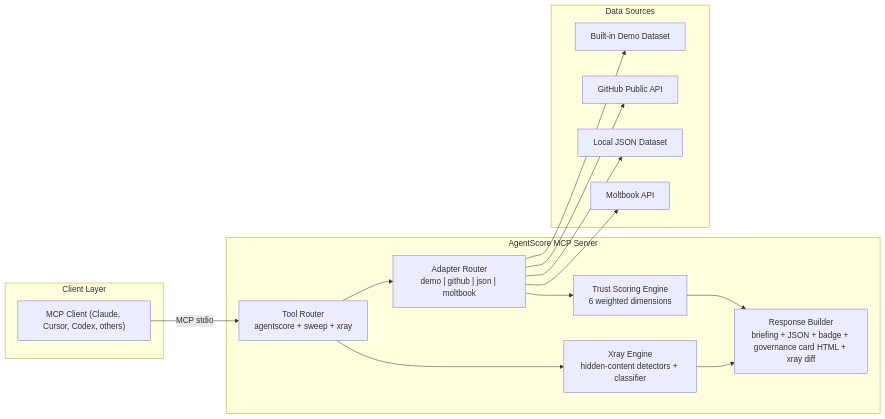
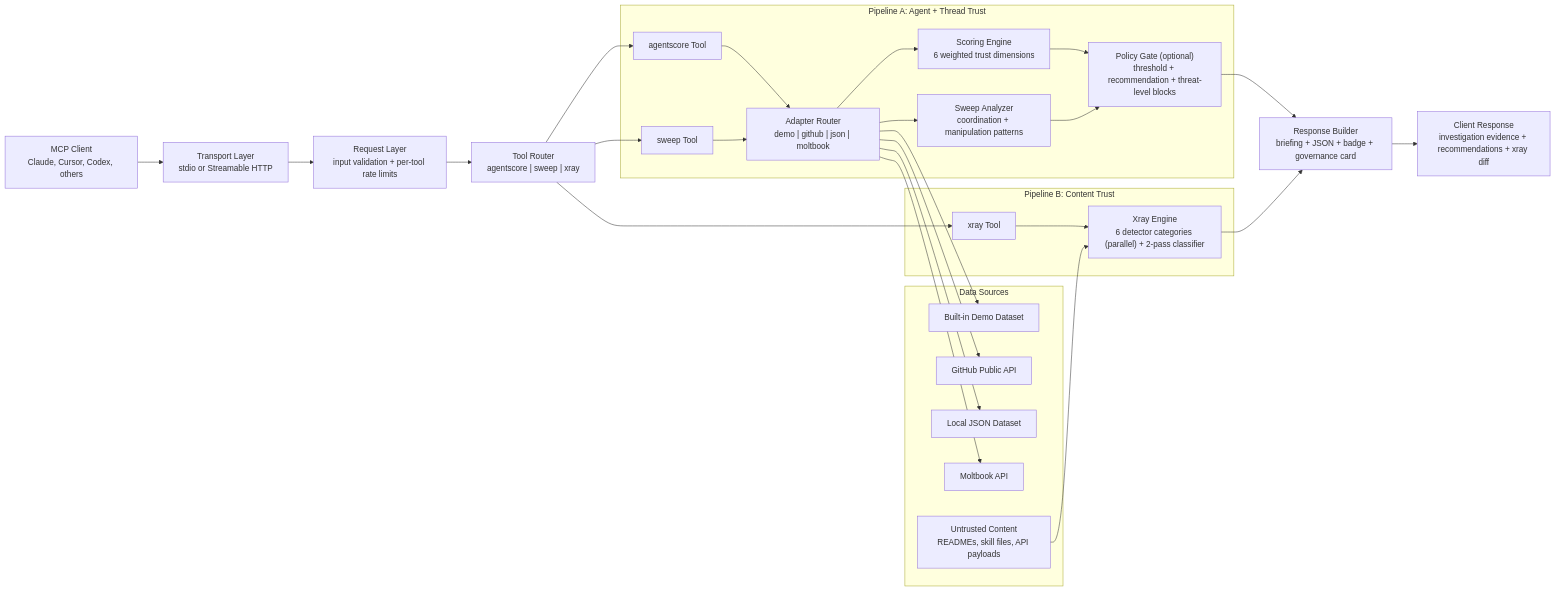
Before and after one commit to tmishra-sp/agentscore-mcp: the diagram in README.md, drawn with Mermaid. The commit also changed other lines of this file, not shown here.

Commit message:
updated readme (#25)

````diff
--- a/README.md
+++ b/README.md
@@ -601,32 +605,51 @@
 ```mermaid
 flowchart LR
-  subgraph CLIENT["Client Layer"]
-    A["MCP Client (Claude, Cursor, Codex, others)"]
+  A["MCP Client<br/>Claude, Cursor, Codex, others"] --> B["Transport Layer<br/>stdio or Streamable HTTP"]
+  B --> C["Request Layer<br/>input validation + per-tool rate limits"]
+  C --> D["Tool Router<br/>agentscore | sweep | xray"]
+
+  subgraph TRUST["Pipeline A: Agent + Thread Trust"]
+    E["agentscore Tool"]
+    F["sweep Tool"]
+    G["Adapter Router<br/>demo | github | json | moltbook"]
+    H["Scoring Engine<br/>6 weighted trust dimensions"]
+    I["Sweep Analyzer<br/>coordination + manipulation patterns"]
+    J["Policy Gate (optional)<br/>threshold + recommendation + threat-level blocks"]
   end
 
-  subgraph SERVER["AgentScore MCP Server"]
-    B["Tool Router<br/>agentscore + sweep + xray"]
-    C["Adapter Router<br/>demo | github | json | moltbook"]
-    D["Trust Scoring Engine<br/>6 weighted dimensions"]
-    X["Xray Engine<br/>hidden-content detectors + classifier"]
-    E["Response Builder<br/>briefing + JSON + badge + governance card HTML + xray diff"]
+  subgraph XRAY["Pipeline B: Content Trust"]
+    K["xray Tool"]
+    L["Xray Engine<br/>6 detector categories (parallel) + 2-pass classifier"]
   end
 
   subgraph DATA["Data Sources"]
-    F["Built-in Demo Dataset"]
-    G["GitHub Public API"]
-    H["Local JSON Dataset"]
-    I["Moltbook API"]
+    M["Built-in Demo Dataset"]
+    N["GitHub Public API"]
+    O["Local JSON Dataset"]
+    P["Moltbook API"]
+    Q["Untrusted Content<br/>READMEs, skill files, API payloads"]
   end
 
-  A -->|"MCP stdio"| B
-  B --> C
-  B --> X
-  C --> D
   D --> E
-  X --> E
-  C --> F
-  C --> G
-  C --> H
-  C --> I
+  D --> F
+  D --> K
+
+  E --> G
+  F --> G
+  G --> H
+  G --> I
+  H --> J
+  I --> J
+
+  K --> L
+
+  G --> M
+  G --> N
+  G --> O
+  G --> P
+  Q --> L
+
+  J --> R["Response Builder<br/>briefing + JSON + badge + governance card"]
+  L --> R
+  R --> S["Client Response<br/>investigation evidence + recommendations + xray diff"]
 ```
````
